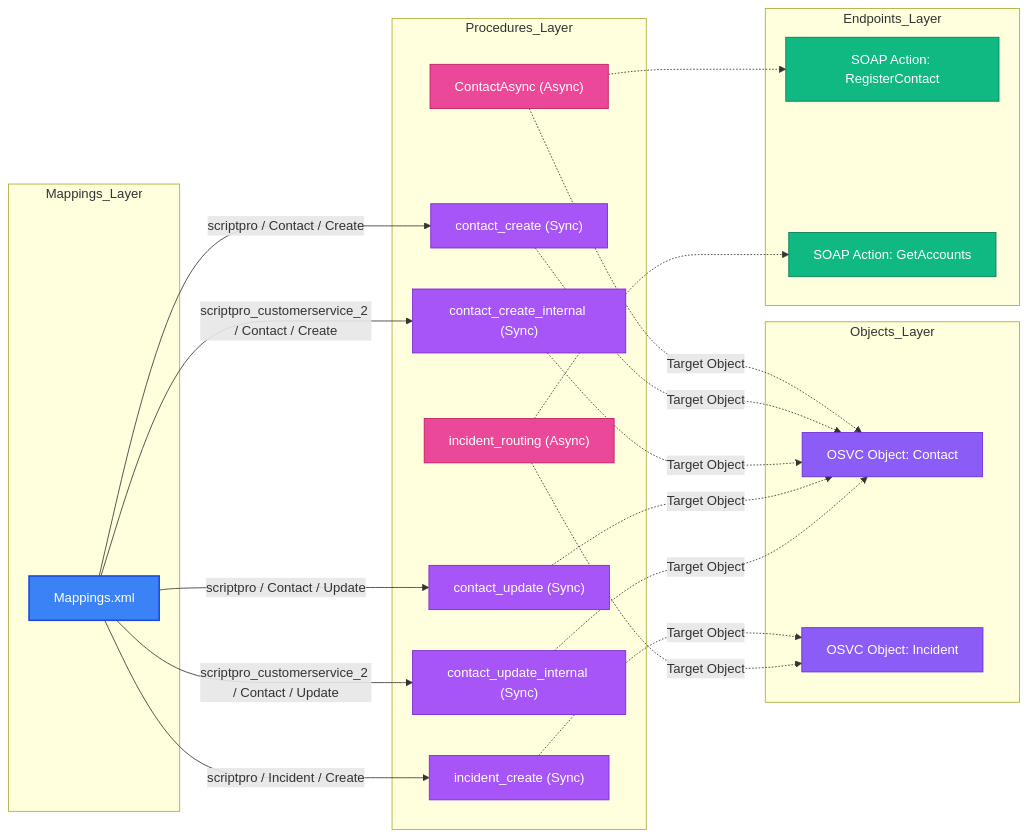
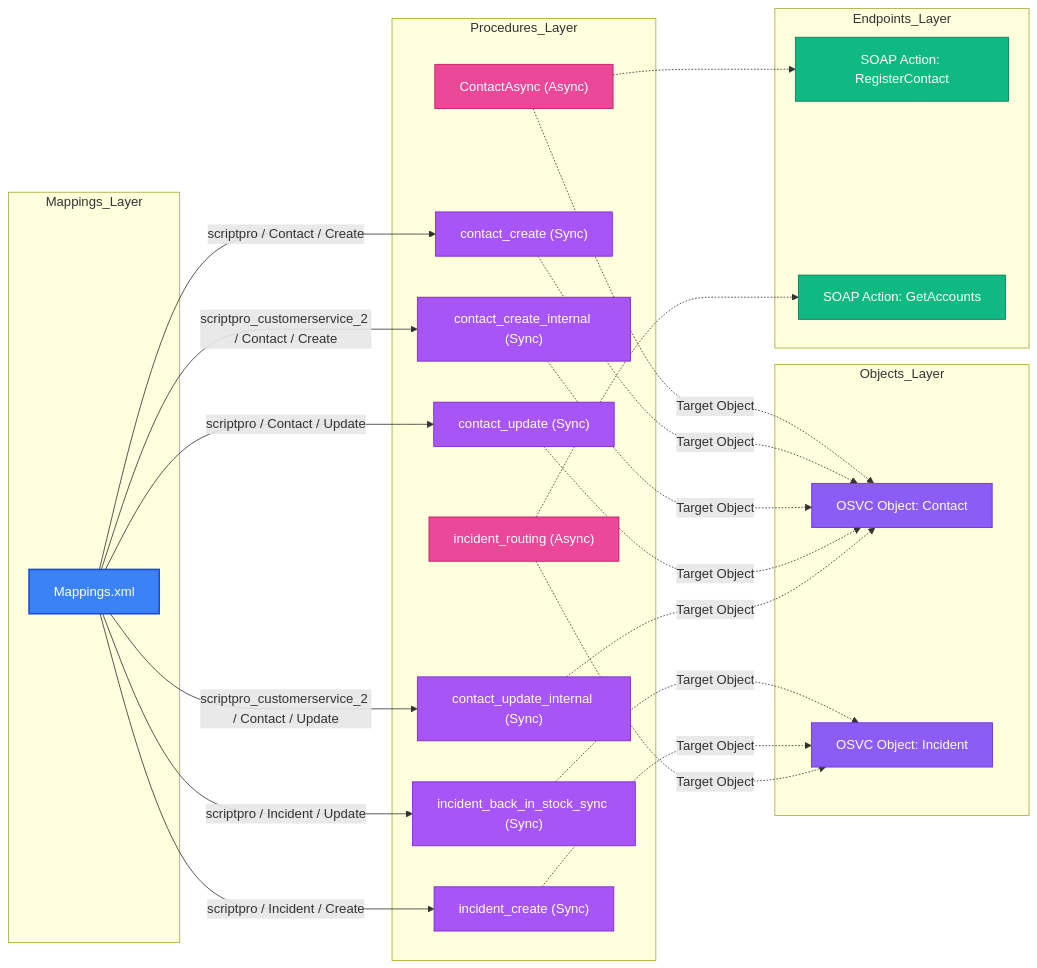
Before and after one commit to SujalMatolia0/Config_Migration: the ninth of 9 diagrams in results/markdown/cpm/report_CPM_Summary.md, drawn with Mermaid. The commit also changed other lines of this file and 17 other files, not shown here.

Commit message:
feat(graph): preserve CPM procedure XML mapping and display cross-link rule triggers

````diff
--- a/results/markdown/cpm/report_CPM_Summary.md
+++ b/results/markdown/cpm/report_CPM_Summary.md
@@ -383,48 +419,51 @@
 ```mermaid
 graph LR
   classDef mapping fill:#3b82f6,stroke:#1d4ed8,stroke-width:2px,color:#fff;
   classDef proc fill:#a855f7,stroke:#7e22ce,stroke-width:1px,color:#fff;
   classDef asyncProc fill:#ec4899,stroke:#be185d,stroke-width:1px,color:#fff;
   classDef soap fill:#10b981,stroke:#047857,stroke-width:1px,color:#fff;
   classDef orphan fill:#fef3c7,stroke:#d97706,stroke-width:2px,color:#92400e;
   classDef obj fill:#8b5cf6,stroke:#6d28d9,stroke-width:1px,color:#fff;
 
   subgraph Mappings_Layer
     M_MAP["Mappings.xml"]:::mapping
   end
 
   subgraph Objects_Layer
     O_Contact["OSVC Object: Contact"]:::obj
     O_Incident["OSVC Object: Incident"]:::obj
   end
 
   subgraph Procedures_Layer
     P_ContactAsync["ContactAsync (Async)"]:::asyncProc
     P_contact_create["contact_create (Sync)"]:::proc
     P_contact_create_internal["contact_create_internal (Sync)"]:::proc
     P_contact_update["contact_update (Sync)"]:::proc
     P_contact_update_internal["contact_update_internal (Sync)"]:::proc
+    P_incident_back_in_stock_sync["incident_back_in_stock_sync (Sync)"]:::proc
     P_incident_create["incident_create (Sync)"]:::proc
     P_incident_routing["incident_routing (Async)"]:::asyncProc
   end
 
   subgraph Endpoints_Layer
     SOAP_RegisterContact["SOAP Action: RegisterContact"]:::soap
     SOAP_GetAccounts["SOAP Action: GetAccounts"]:::soap
   end
 
   M_MAP --> |"scriptpro / Contact / Create"| P_contact_create
   M_MAP --> |"scriptpro / Contact / Update"| P_contact_update
   M_MAP --> |"scriptpro_customerservice_2 / Contact / Create"| P_contact_create_internal
   M_MAP --> |"scriptpro_customerservice_2 / Contact / Update"| P_contact_update_internal
   M_MAP --> |"scriptpro / Incident / Create"| P_incident_create
+  M_MAP --> |"scriptpro / Incident / Update"| P_incident_back_in_stock_sync
   P_ContactAsync -.-> SOAP_RegisterContact
   P_ContactAsync -.-> |"Target Object"| O_Contact
   P_contact_create -.-> |"Target Object"| O_Contact
   P_contact_create_internal -.-> |"Target Object"| O_Contact
   P_contact_update -.-> |"Target Object"| O_Contact
   P_contact_update_internal -.-> |"Target Object"| O_Contact
+  P_incident_back_in_stock_sync -.-> |"Target Object"| O_Incident
   P_incident_create -.-> |"Target Object"| O_Incident
   P_incident_routing -.-> SOAP_GetAccounts
   P_incident_routing -.-> |"Target Object"| O_Incident
 ```
````
